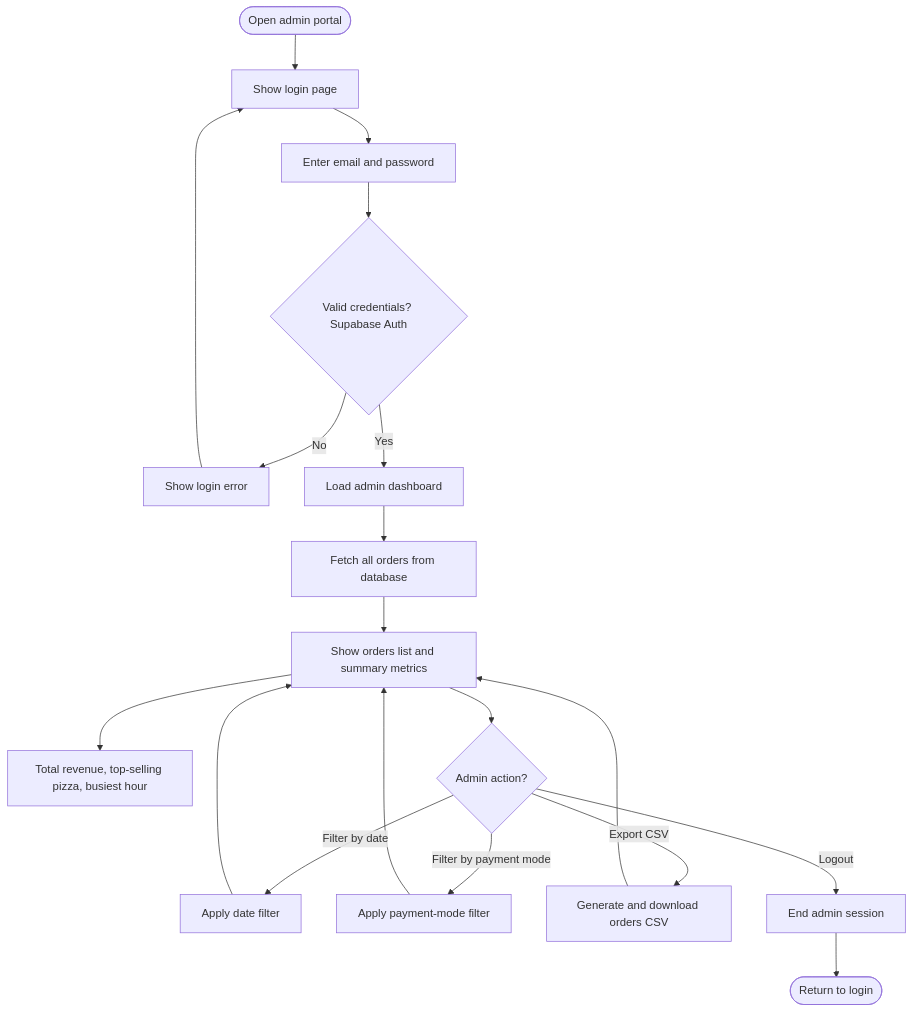
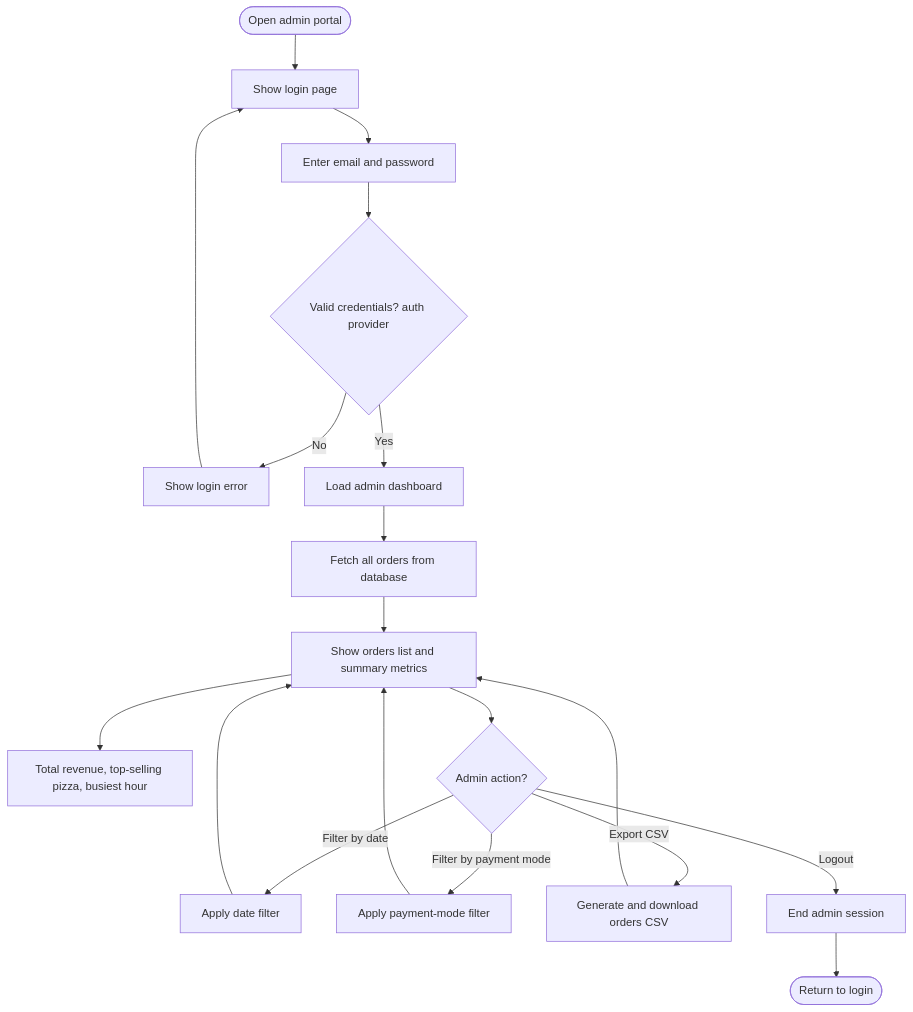
The second of 2 diagrams in docs/Stage1_PartA_PRD.md (Amansharma23/pizza-slicematic), drawn with Mermaid before and after one commit. The commit also changed other lines of this file and 360 other files, not shown here.

````diff
--- a/docs/Stage1_PartA_PRD.md
+++ b/docs/Stage1_PartA_PRD.md
@@ -179,23 +341,23 @@
 ```mermaid
 flowchart TD
     AA([Open admin portal]) --> AB["Show login page"]
     AB --> AC["Enter email and password"]
-    AC --> AD{"Valid credentials? Supabase Auth"}
+    AC --> AD{"Valid credentials? auth provider"}
     AD -->|No| AE["Show login error"]
     AE --> AB
     AD -->|Yes| AF["Load admin dashboard"]
 
     AF --> AG["Fetch all orders from database"]
     AG --> AH["Show orders list and summary metrics"]
     AH --> AI["Total revenue, top-selling pizza, busiest hour"]
 
     AH --> AJ{"Admin action?"}
     AJ -->|Filter by date| AK["Apply date filter"]
     AK --> AH
     AJ -->|Filter by payment mode| AL["Apply payment-mode filter"]
     AL --> AH
     AJ -->|Export CSV| AM["Generate and download orders CSV"]
     AM --> AH
     AJ -->|Logout| AN["End admin session"]
     AN --> AO([Return to login])
 ```
````
